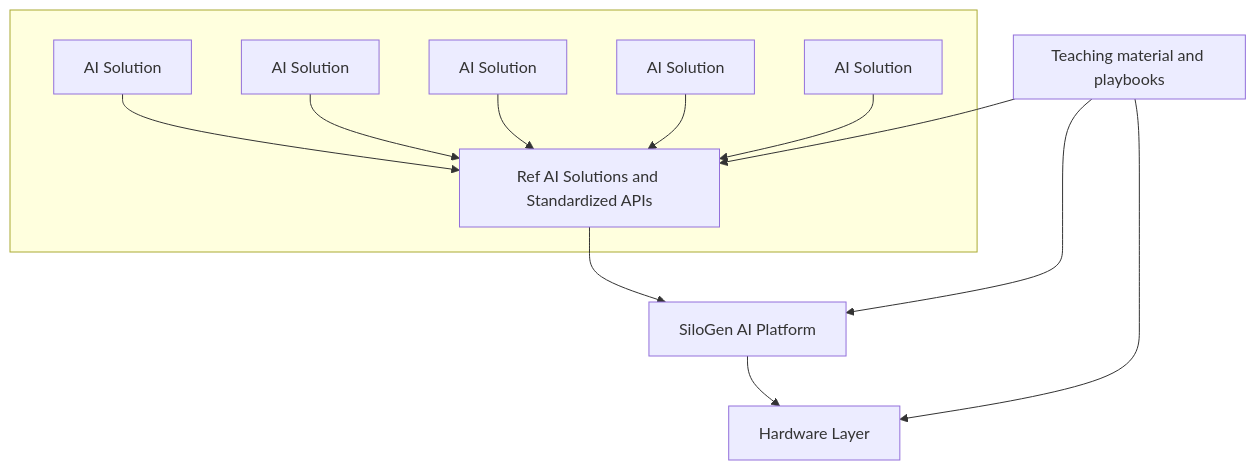
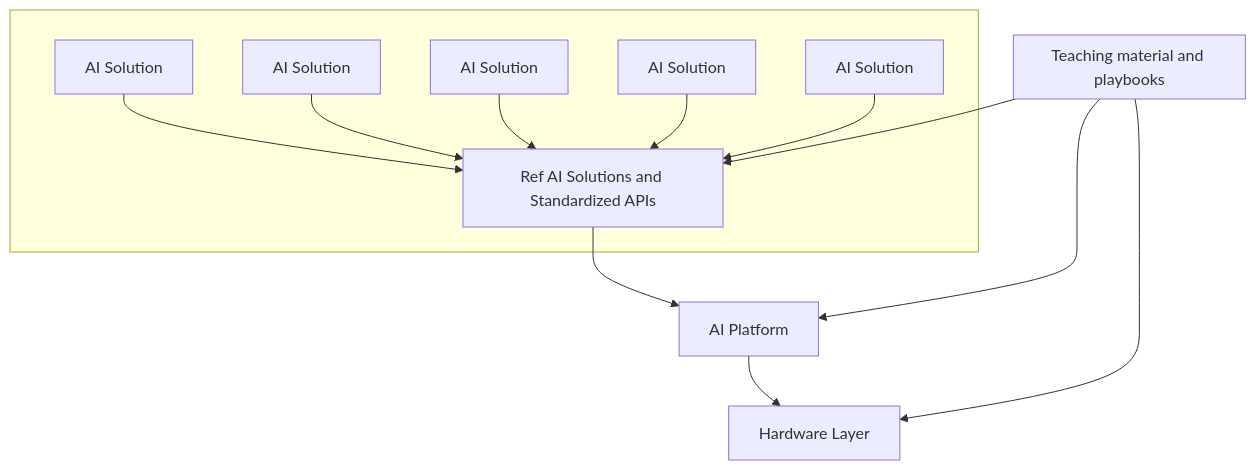
Before and after one commit to silogen/docs: the first of 3 diagrams in docs/ref-architecture/Enterprise-AI-Architecture.md, drawn with Mermaid. The commit also changed other lines of this file and 23 other files, not shown here.

````diff
--- a/docs/ref-architecture/Enterprise-AI-Architecture.md
+++ b/docs/ref-architecture/Enterprise-AI-Architecture.md
@@ -27,26 +27,26 @@
 ```mermaid
 graph TD
     subgraph AI_Solutions[ ]
         A1[AI Solution]
         A2[AI Solution]
         A3[AI Solution]
         A4[AI Solution]
         A5[AI Solution]
         A1 --> R1
         A2 --> R1
         A3 --> R1
         A4 --> R1
         A5 --> R1
     end
 
     subgraph Teaching[Teaching material and playbooks]
     end
 
     R1[Ref AI Solutions and Standardized APIs]
-    R1 --> P1[SiloGen AI Platform]
+    R1 --> P1[AI Platform]
     P1 --> H1[Hardware Layer]
 
     Teaching --> R1
     Teaching --> P1
     Teaching --> H1
 ```
````
